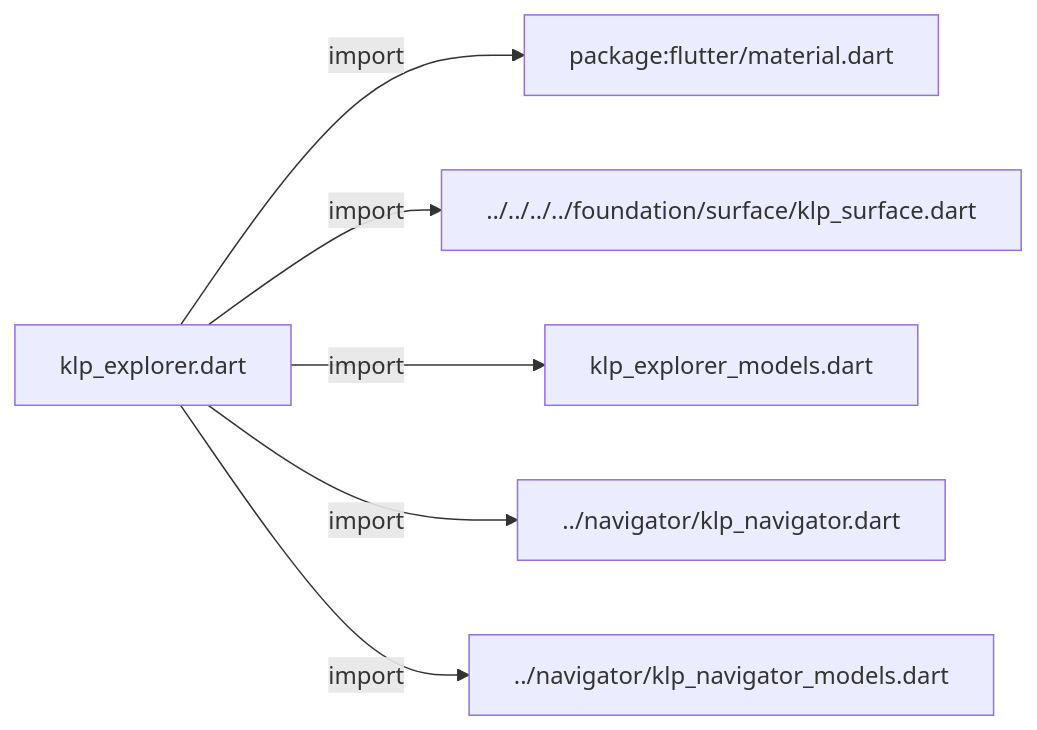
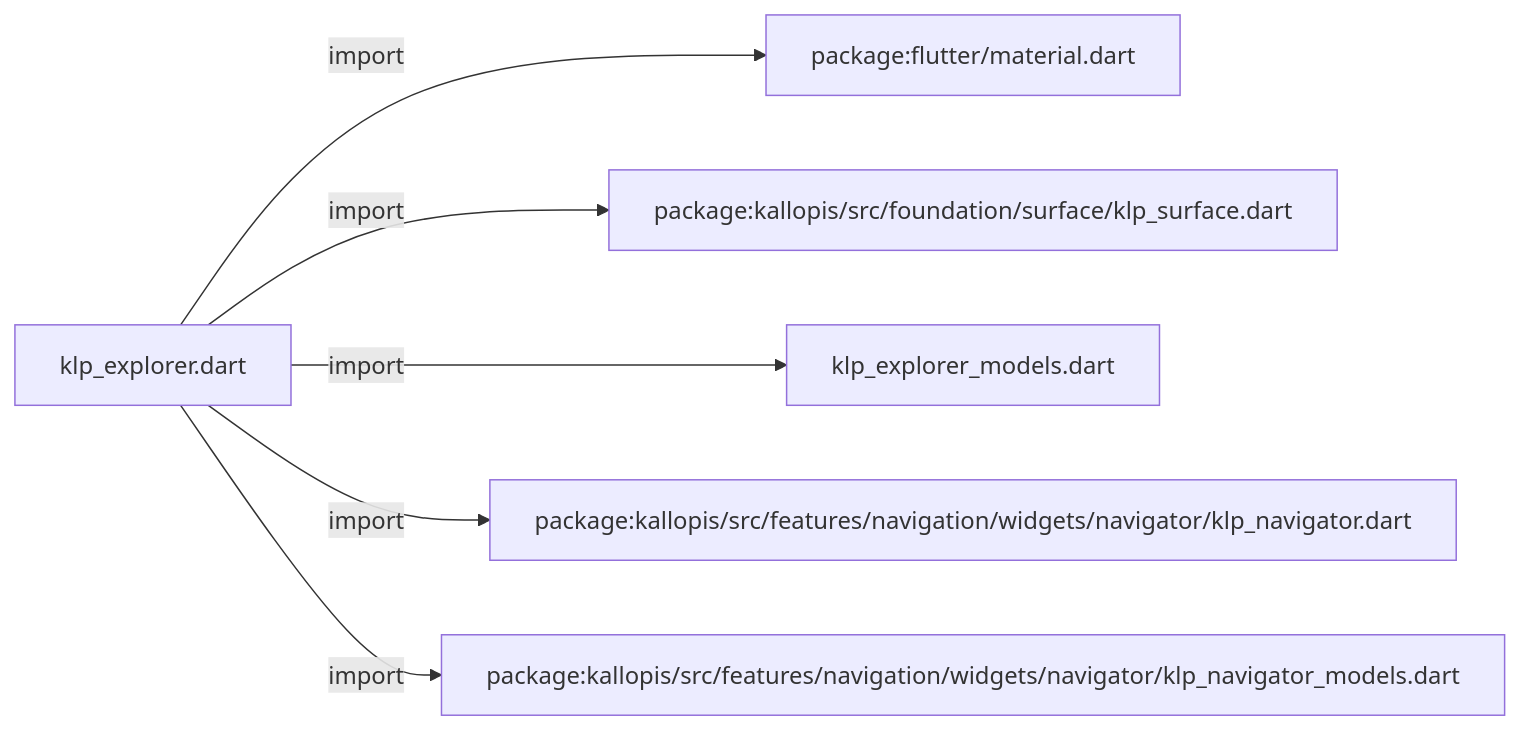
One commit to MiuDog/Kallopis changed the first of 3 diagrams in docs/architecture/src/features/navigation/widgets/explorer/klp_explorer.md. Above: the diagram before and after it, drawn with Mermaid. The commit also changed other lines of this file and 9688 other files, not shown here.

Commit message:
Prepare isolated Flow F2 peer baseline

````diff
--- a/docs/architecture/src/features/navigation/widgets/explorer/klp_explorer.md
+++ b/docs/architecture/src/features/navigation/widgets/explorer/klp_explorer.md
@@ -11,14 +11,14 @@
 ```mermaid
 flowchart LR
 	n0["klp_explorer.dart"]
 	n1["package:flutter/material.dart"]
-	n2["../../../../foundation/surface/klp_surface.dart"]
+	n2["package:kallopis/src/foundation/surface/klp_surface.dart"]
 	n3["klp_explorer_models.dart"]
-	n4["../navigator/klp_navigator.dart"]
-	n5["../navigator/klp_navigator_models.dart"]
+	n4["package:kallopis/src/features/navigation/widgets/navigator/klp_navigator.dart"]
+	n5["package:kallopis/src/features/navigation/widgets/navigator/klp_navigator_models.dart"]
 	n0 -->|"import"| n1
 	n0 -->|"import"| n2
 	n0 -->|"import"| n3
 	n0 -->|"import"| n4
 	n0 -->|"import"| n5
 ```
````
